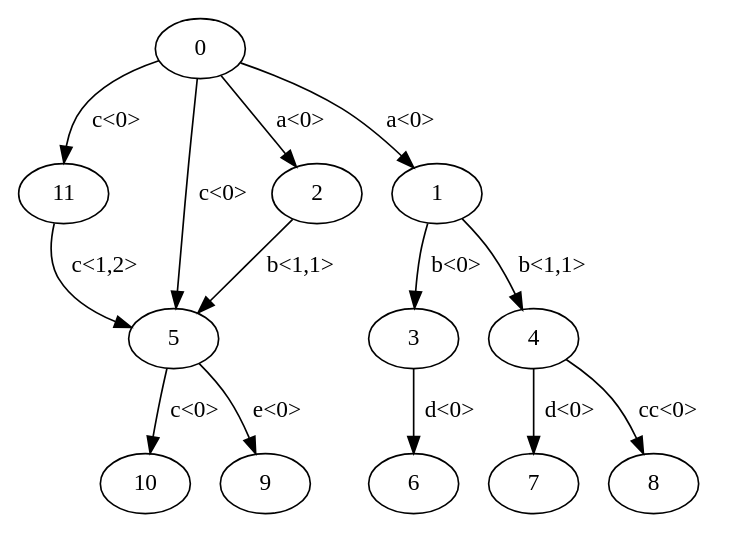
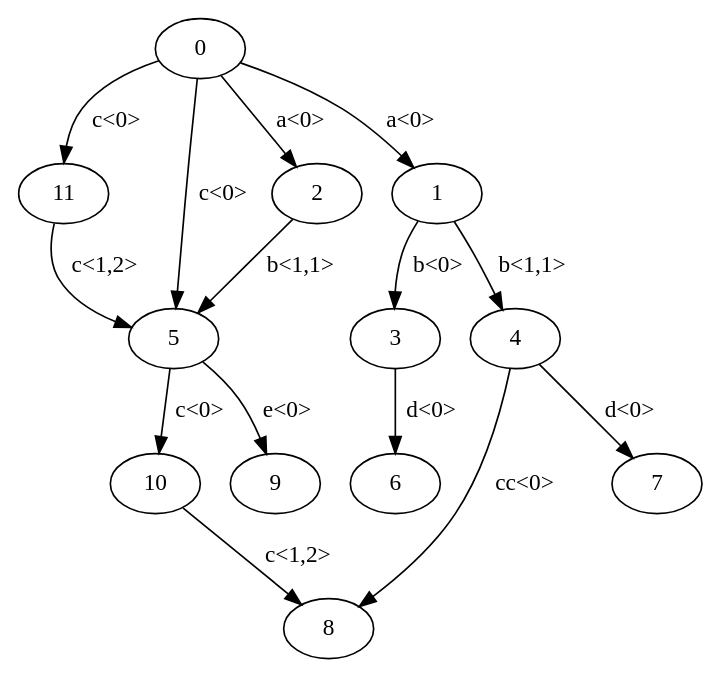
The diagram in AliasingImpl/source/testingAliasDiagram.dot (varivera/aliasing-java), drawn with Graphviz before and after one commit. The commit also changed 7 other files, not shown here.

```diff
--- a/AliasingImpl/source/testingAliasDiagram.dot
+++ b/AliasingImpl/source/testingAliasDiagram.dot
@@ -1,27 +1,28 @@
 digraph G {
+n10->n8 [label="c<1,2>"]
 n3->n6 [label="d<0>"]
 n4->n7 [label="d<0>"]
 n4->n8 [label="cc<0>"]
 n11->n5 [label="c<1,2>"]
 n5->n10 [label="c<0>"]
 n5->n9 [label="e<0>"]
 n2->n5 [label="b<1,1>"]
 n1->n3 [label="b<0>"]
 n1->n4 [label="b<1,1>"]
 n0->n11 [label="c<0>"]
 n0->n5 [label="c<0>"]
 n0->n2 [label="a<0>"]
 n0->n1 [label="a<0>"]
 n0[label="0"]
 n1[label="1"]
 n2[label="2"]
 n3[label="3"]
 n4[label="4"]
 n5[label="5"]
 n6[label="6"]
 n7[label="7"]
 n8[label="8"]
 n9[label="9"]
 n10[label="10"]
 n11[label="11"]
 }
```
